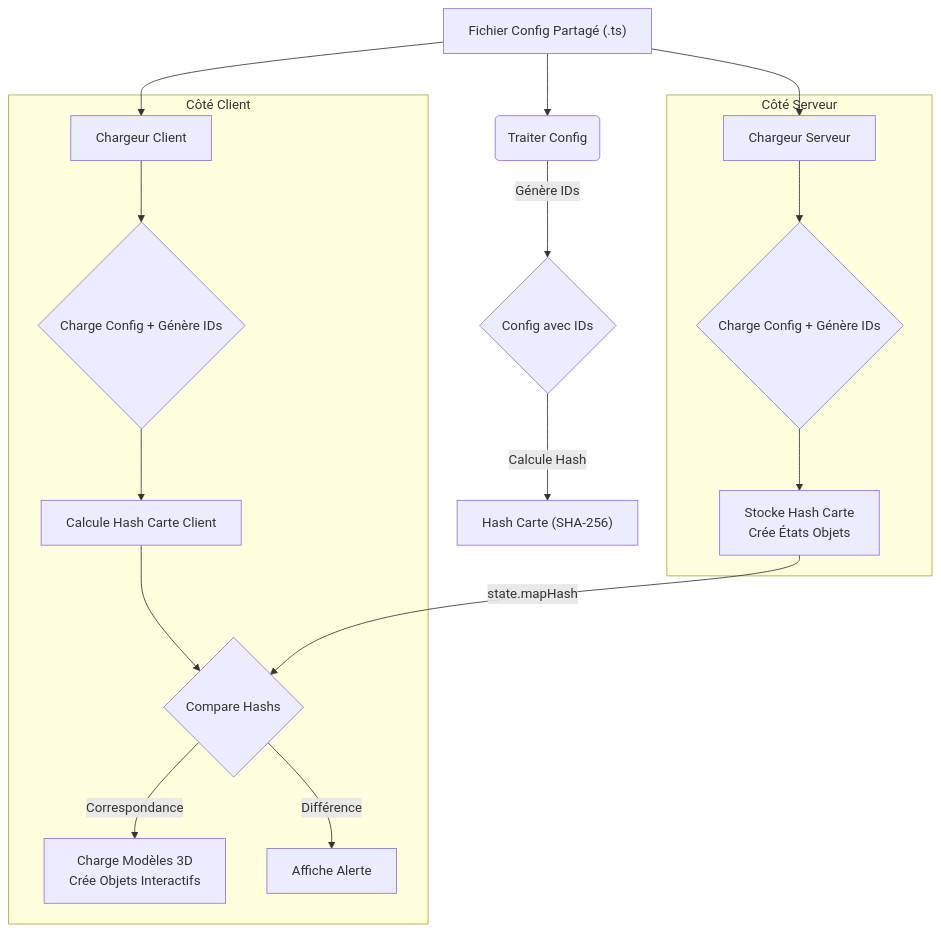
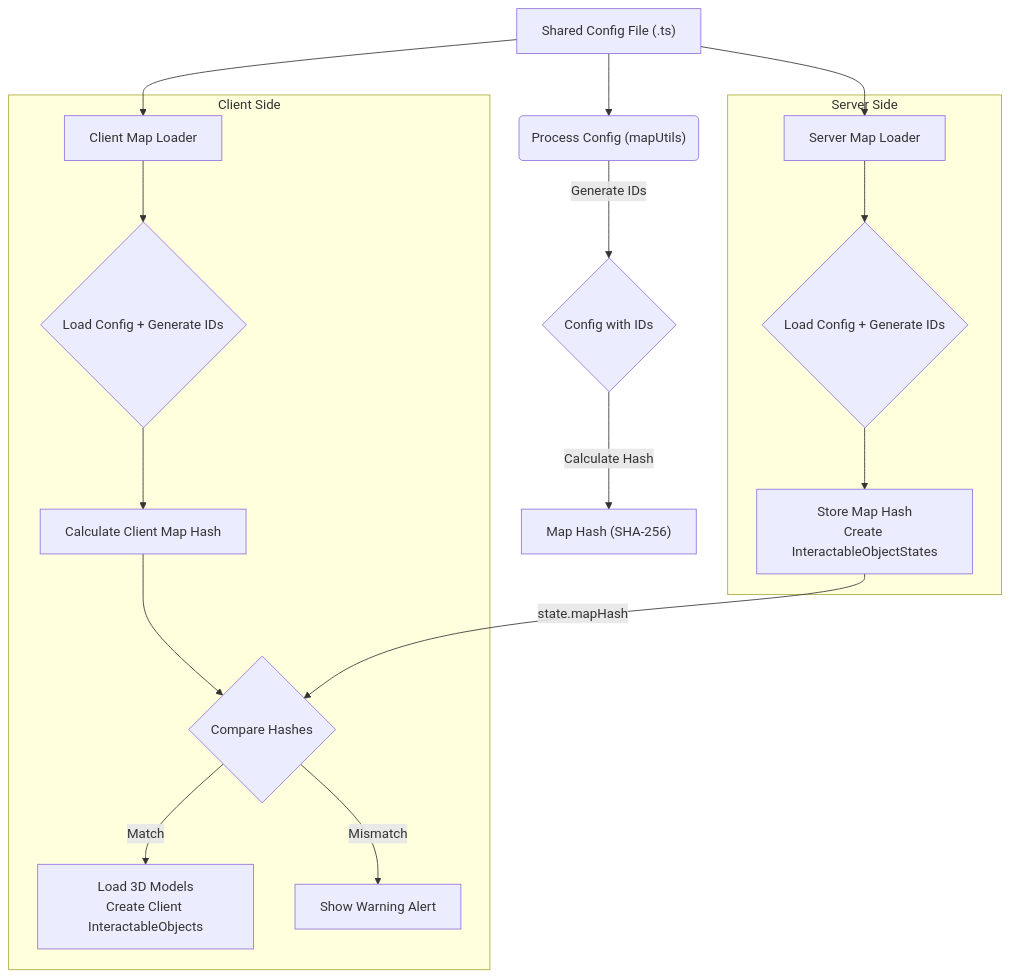
The third of 3 diagrams in README.md (TriForMine/Delixia), drawn with Mermaid before and after one commit. The commit also changed other lines of this file, not shown here.

````diff
--- a/README.md
+++ b/README.md
@@ -129,23 +157,23 @@
     ```mermaid
      graph TD
-        A["Fichier Config Partagé (.ts)"] --> B("Traiter Config");
-        B -- "Génère IDs" --> C{"Config avec IDs"};
-        C -- "Calcule Hash" --> D["Hash Carte (SHA-256)"];
+        A["Shared Config File (.ts)"] --> B("Process Config (mapUtils)");
+        B -- "Generate IDs" --> C{"Config with IDs"};
+        C -- "Calculate Hash" --> D["Map Hash (SHA-256)"];
 
-        subgraph Server ["Côté Serveur"]
-            E["Chargeur Serveur"] --> F{"Charge Config + Génère IDs"};
-            F --> G["Stocke Hash Carte<br>Crée États Objets"];
+        subgraph Server ["Server Side"]
+            E["Server Map Loader"] --> F{"Load Config + Generate IDs"};
+            F --> G["Store Map Hash<br>Create InteractableObjectStates"];
         end
 
-        subgraph Client ["Côté Client"]
-            H["Chargeur Client"] --> I{"Charge Config + Génère IDs"};
-            I --> J["Calcule Hash Carte Client"];
-            J --> K{"Compare Hashs"};
-            K -- Correspondance --> L["Charge Modèles 3D<br>Crée Objets Interactifs"];
-            K -- Différence --> M["Affiche Alerte"];
+        subgraph Client ["Client Side"]
+            H["Client Map Loader"] --> I{"Load Config + Generate IDs"};
+            I --> J["Calculate Client Map Hash"];
+            J --> K{"Compare Hashes"};
+            K -- Match --> L["Load 3D Models<br>Create Client InteractableObjects"];
+            K -- Mismatch --> M["Show Warning Alert"];
         end
 
         A --> E;
         A --> H;
         G -- "state.mapHash" --> K;
     ```
````
